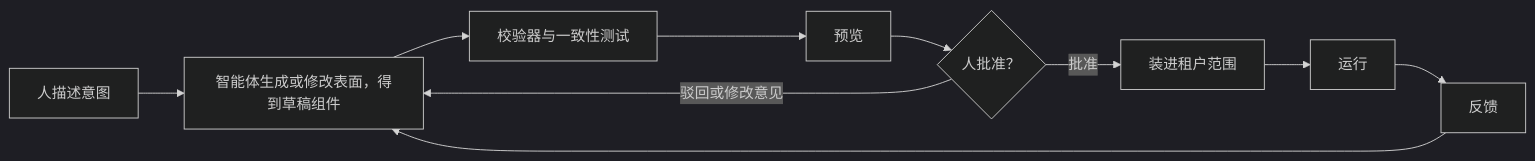
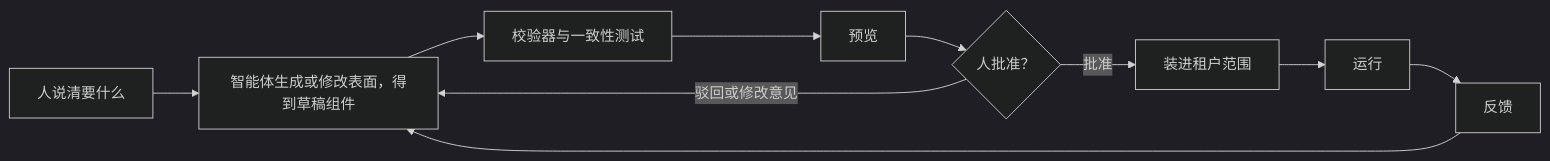
Before and after one commit to CavaiLAB/jiangxin: the diagram in docs/03-plugin-model.md, drawn with Mermaid (dark theme). The commit also changed other lines of this file and 19 other files, not shown here.

````diff
--- a/docs/03-plugin-model.md
+++ b/docs/03-plugin-model.md
@@ -155,12 +171,12 @@
 ```mermaid
 flowchart LR
-  I["人描述意图"] --> D["智能体生成或修改表面，得到草稿组件"]
+  I["人说清要什么"] --> D["智能体生成或修改表面，得到草稿组件"]
   D --> V["校验器与一致性测试"]
   V --> P["预览"]
   P --> H{"人批准？"}
   H -->|"批准"| M["装进租户范围"]
   H -->|"驳回或修改意见"| D
   M --> R["运行"]
   R --> F["反馈"]
   F --> D
 ```
````
